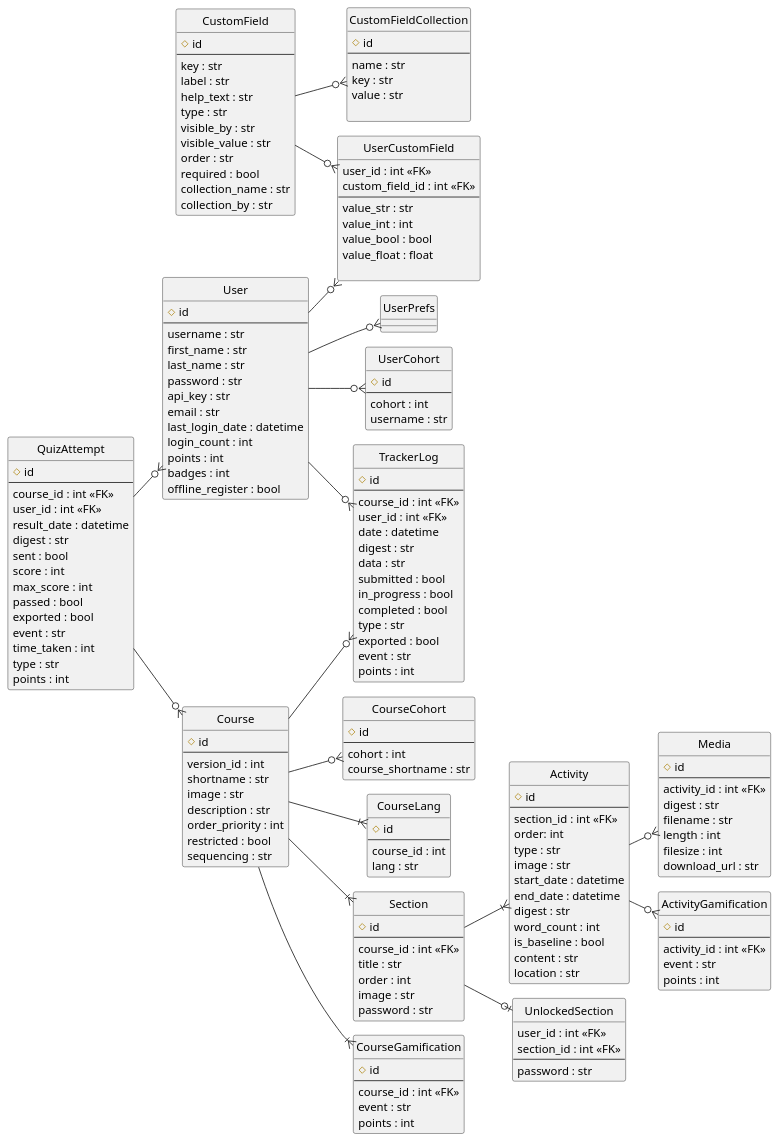
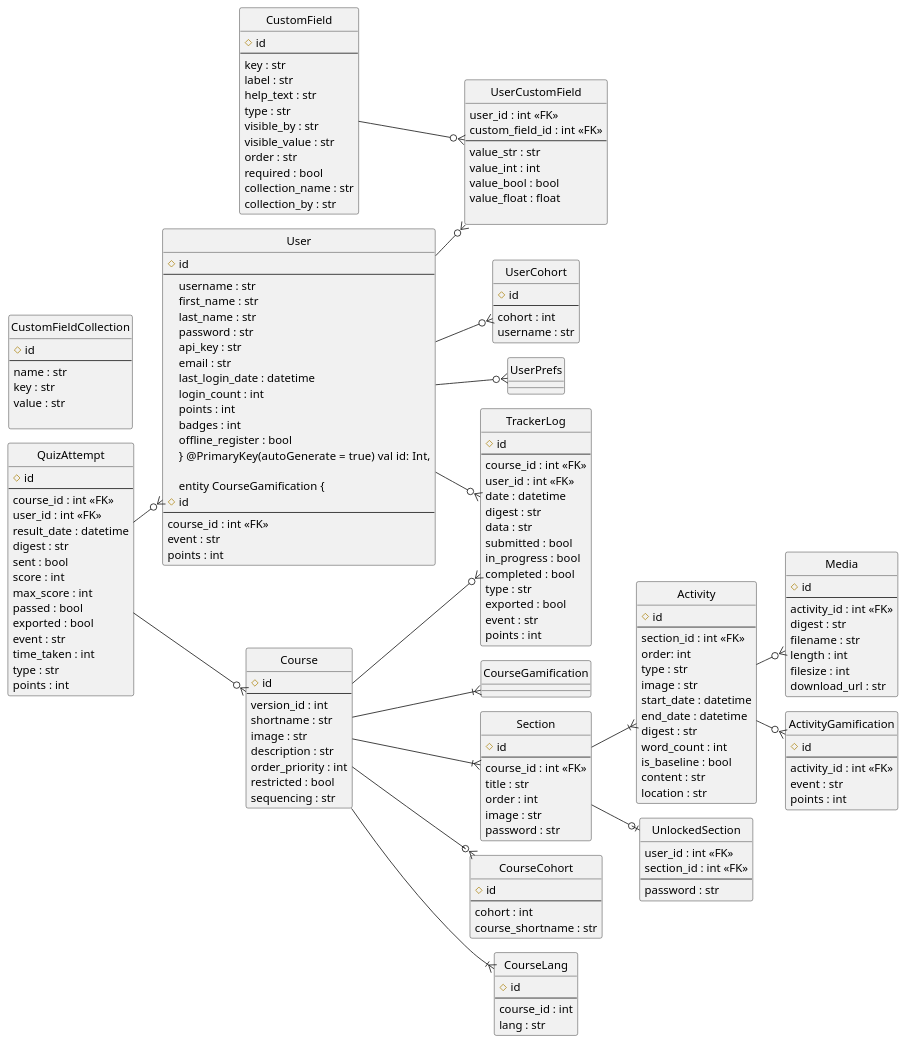
The diagram in uml/database.puml (DigitalCampus/oppia-mobile-app), drawn with PlantUML before and after one commit. The commit also changed 19 other files, not shown here.

```diff
--- a/uml/database.puml
+++ b/uml/database.puml
@@ -109,7 +109,7 @@
   points : int
   badges : int
   offline_register : bool
-}
+}  @PrimaryKey(autoGenerate = true) val id: Int,
 
 entity CourseGamification {
   #id
@@ -205,7 +205,6 @@
 User --o{ UserCohort
 
 CustomField --o{ UserCustomField
-CustomField --o{ CustomFieldCollection
 
 
 
```
